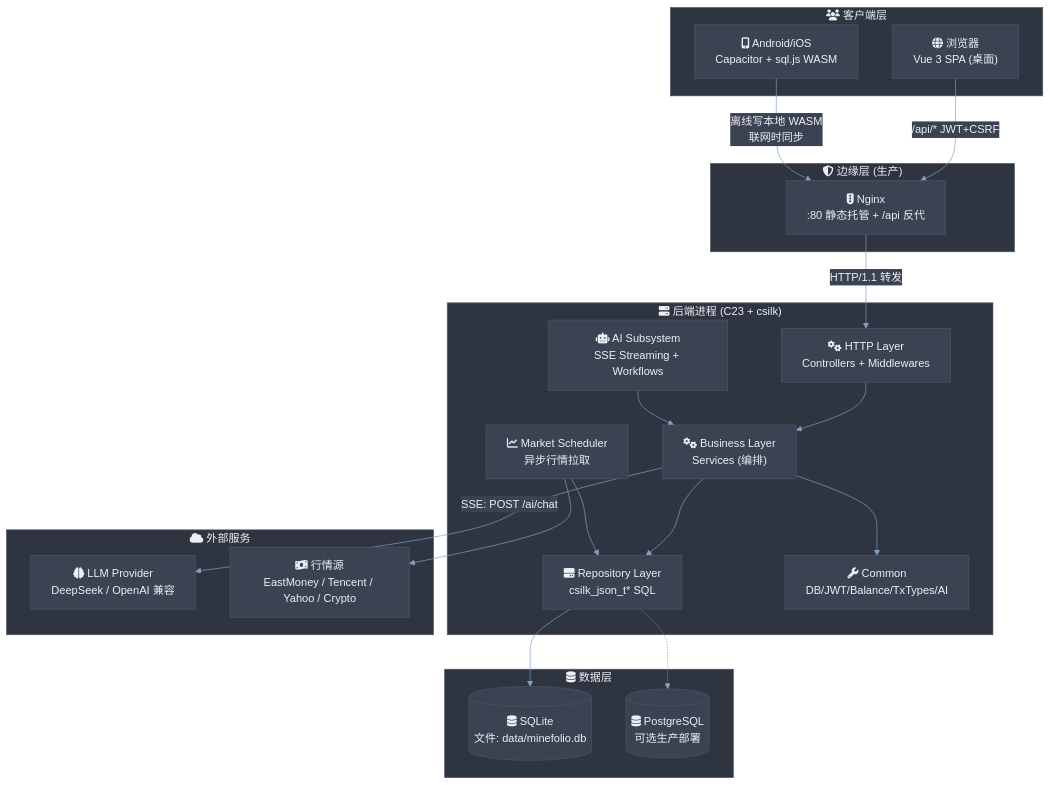
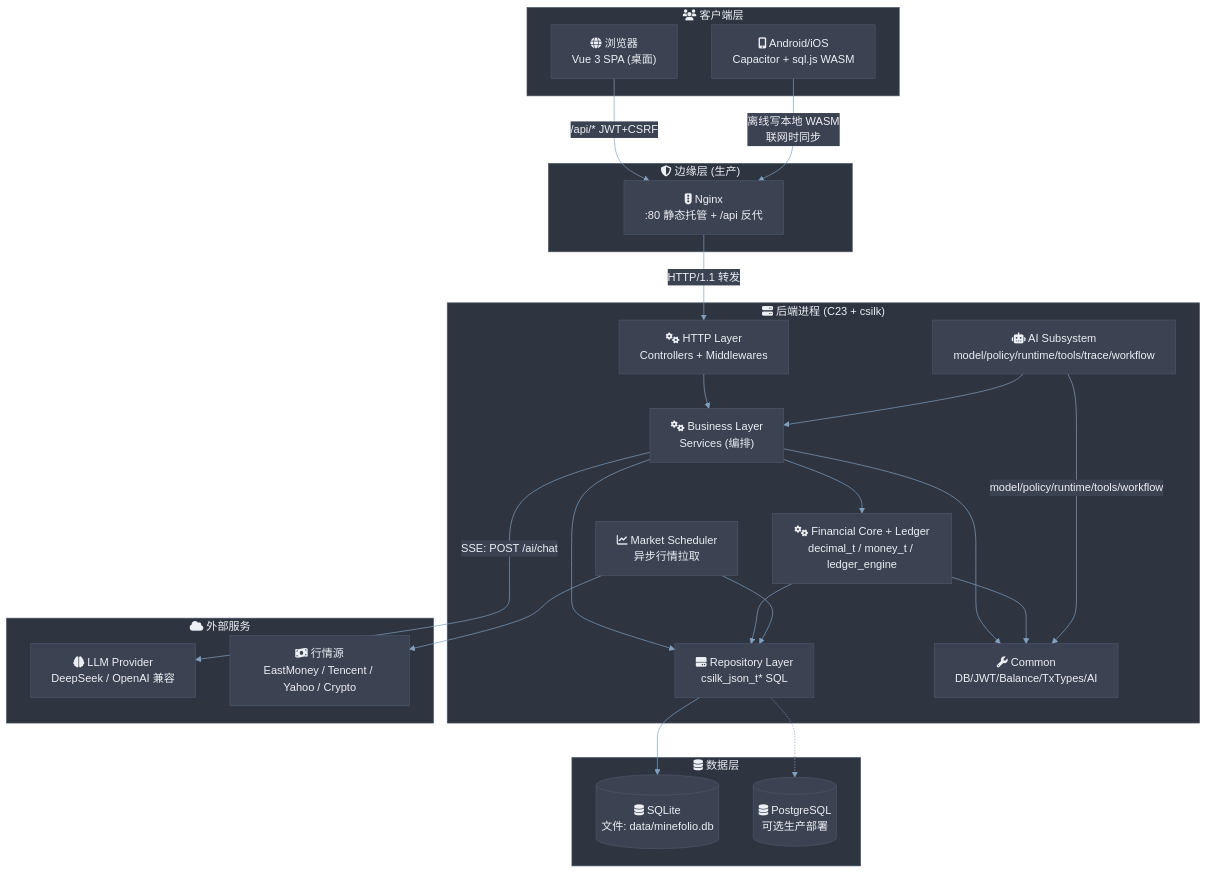
One commit to quintin-lee/Minefolio changed the first of 9 diagrams in docs/architecture.md. Above: the diagram before and after it, drawn with Mermaid. The commit also changed other lines of this file, not shown here.

Commit message:
docs(architecture): 📝 add Financial Core + Ledger Engine layers, AI modular split, expand test matrix

````diff
--- a/docs/architecture.md
+++ b/docs/architecture.md
@@ -23,55 +23,60 @@
 ```mermaid
 %%{init: {
   'theme': 'base',
   'themeVariables': {
     'background': '#2E3440','primaryColor': '#81A1C1','primaryBorderColor': '#4C566A',
     'primaryTextColor': '#ECEFF4','secondaryColor': '#3B4252','secondaryBorderColor': '#434C5E',
     'secondaryTextColor': '#D8DEE9','lineColor': '#81A1C1','textColor': '#ECEFF4',
     'mainBkg': '#3B4252','nodeBorder': '#4C566A','clusterBkg': '#2E3440',
     'clusterBorder': '#4C566A','titleColor': '#ECEFF4','edgeLabelBackground': '#3B4252',
     'nodeTextColor': '#ECEFF4'
   },
   'flowchart': {'htmlLabels': true, 'curve': 'basis'}
 }}%%
 graph TB
     subgraph clients["fa:fa-users 客户端层"]
         browser["fa:fa-globe 浏览器<br/>Vue 3 SPA (桌面)"]
         mobile["fa:fa-mobile-alt Android/iOS<br/>Capacitor + sql.js WASM"]
     end
 
     subgraph edge["fa:fa-shield-alt 边缘层 (生产)"]
         nginx["fa:fa-traffic-light Nginx<br/>:80 静态托管 + /api 反代"]
     end
 
     subgraph backend["fa:fa-server 后端进程 (C23 + csilk)"]
         http["fa:fa-cogs HTTP Layer<br/>Controllers + Middlewares"]
+        core["fa:fa-cogs Financial Core + Ledger<br/>decimal_t / money_t / ledger_engine"]
         biz["fa:fa-cogs Business Layer<br/>Services (编排)"]
         repo["fa:fa-hdd Repository Layer<br/>csilk_json_t* SQL"]
         shared["fa:fa-wrench Common<br/>DB/JWT/Balance/TxTypes/AI"]
-        ai["fa:fa-robot AI Subsystem<br/>SSE Streaming + Workflows"]
+        ai["fa:fa-robot AI Subsystem<br/>model/policy/runtime/tools/trace/workflow"]
         market["fa:fa-chart-line Market Scheduler<br/>异步行情拉取"]
     end
 
     subgraph data["fa:fa-database 数据层"]
         sqlite[("fa:fa-database SQLite<br/>文件: data/minefolio.db")]
         pg[("fa:fa-database PostgreSQL<br/>可选生产部署")]
     end
 
     subgraph external["fa:fa-cloud 外部服务"]
         llm["fa:fa-brain LLM Provider<br/>DeepSeek / OpenAI 兼容"]
         quotes["fa:fa-money-bill-wave 行情源<br/>EastMoney / Tencent / Yahoo / Crypto"]
     end
 
     browser -->|"/api/* JWT+CSRF"| nginx
     mobile -->|"离线写本地 WASM<br/>联网时同步"| nginx
     nginx -->|"HTTP/1.1 转发"| http
     http --> biz
+    biz --> core
     biz --> repo
     biz --> shared
     ai --> biz
+    core --> repo
+    core --> shared
+    ai -->|"model/policy/runtime/tools/workflow"| shared
     repo --> sqlite
     repo -.-> pg
     biz -->|"SSE: POST /ai/chat"| llm
     market --> quotes
     market --> repo
 ```
````
